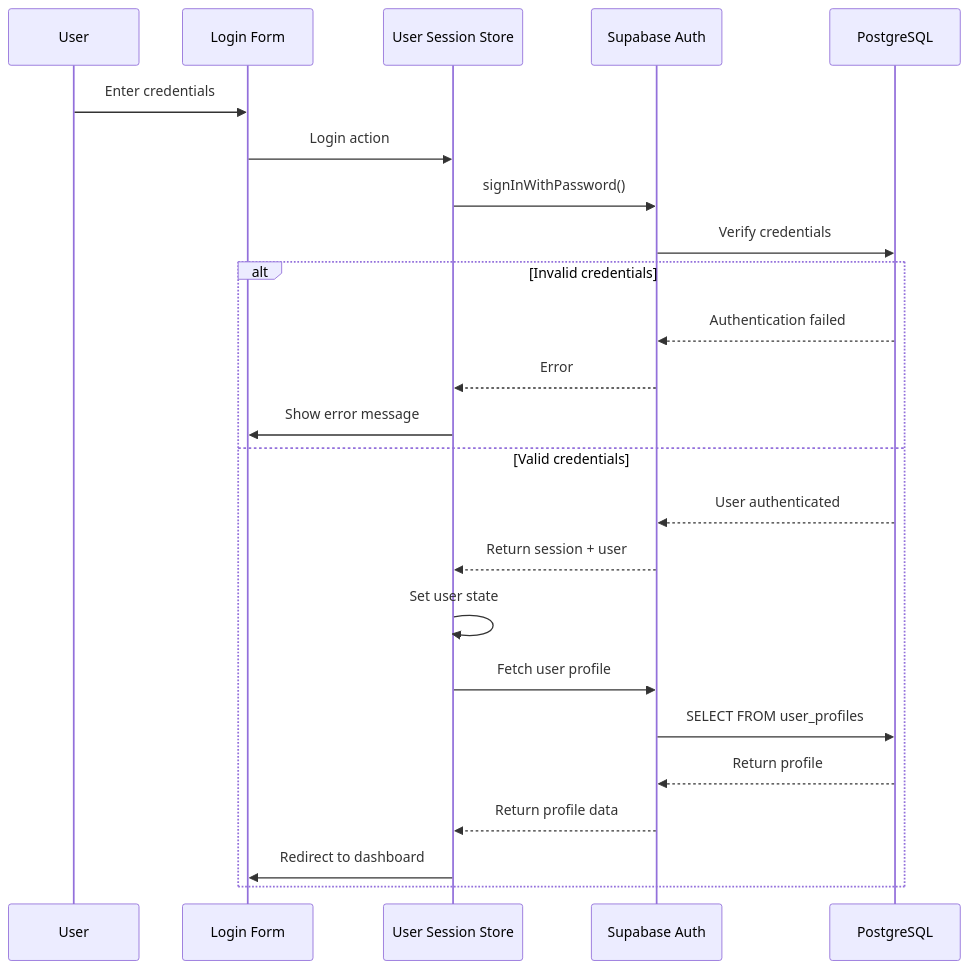
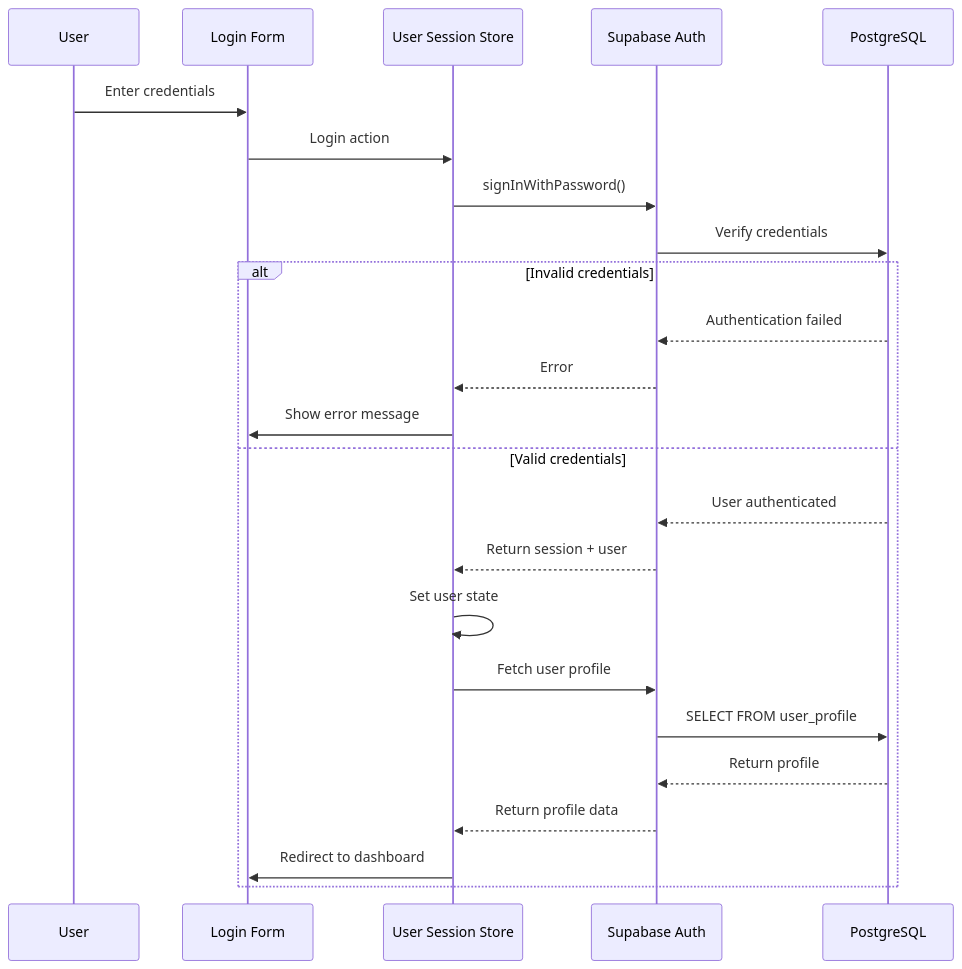
The seventh of 11 diagrams in docs/business/technical-architecture.md (tamadekk/RukaTi), drawn with Mermaid before and after one commit. The commit also changed other lines of this file and 11 other files, not shown here.

````diff
--- a/docs/business/technical-architecture.md
+++ b/docs/business/technical-architecture.md
@@ -489,28 +489,28 @@
 ```mermaid
 sequenceDiagram
     participant User
     participant UI as Login Form
     participant Store as User Session Store
     participant Supabase as Supabase Auth
     participant DB as PostgreSQL
 
     User->>UI: Enter credentials
     UI->>Store: Login action
     Store->>Supabase: signInWithPassword()
     Supabase->>DB: Verify credentials
 
     alt Invalid credentials
         DB-->>Supabase: Authentication failed
         Supabase-->>Store: Error
         Store->>UI: Show error message
     else Valid credentials
         DB-->>Supabase: User authenticated
         Supabase-->>Store: Return session + user
         Store->>Store: Set user state
         Store->>Supabase: Fetch user profile
-        Supabase->>DB: SELECT FROM user_profiles
+        Supabase->>DB: SELECT FROM user_profile
         DB-->>Supabase: Return profile
         Supabase-->>Store: Return profile data
         Store->>UI: Redirect to dashboard
     end
 ```
````
